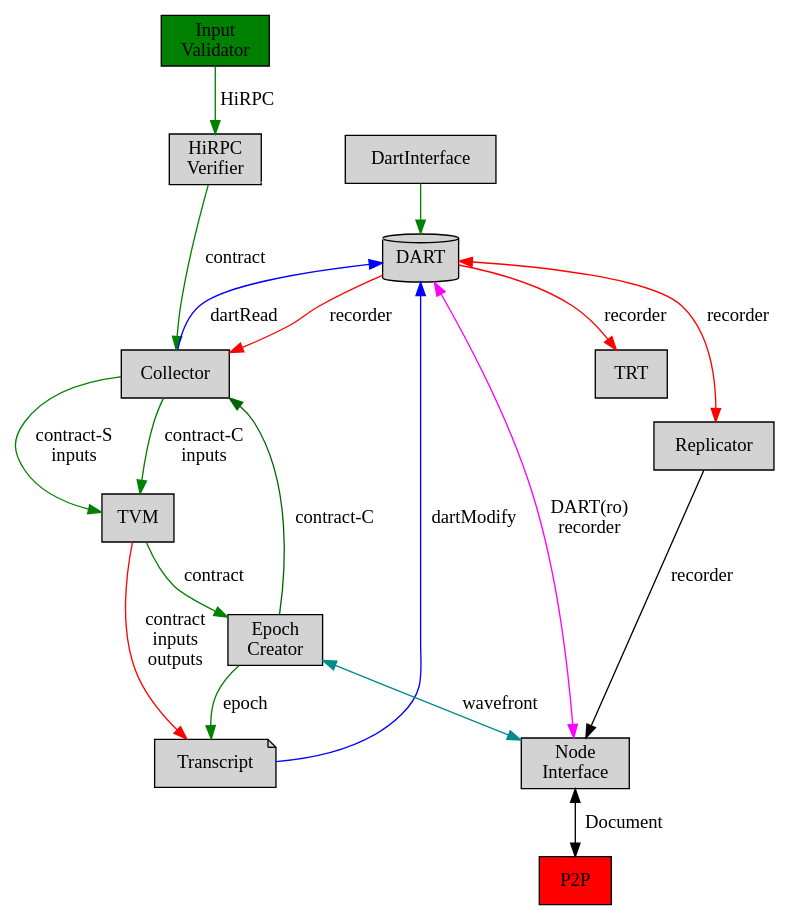
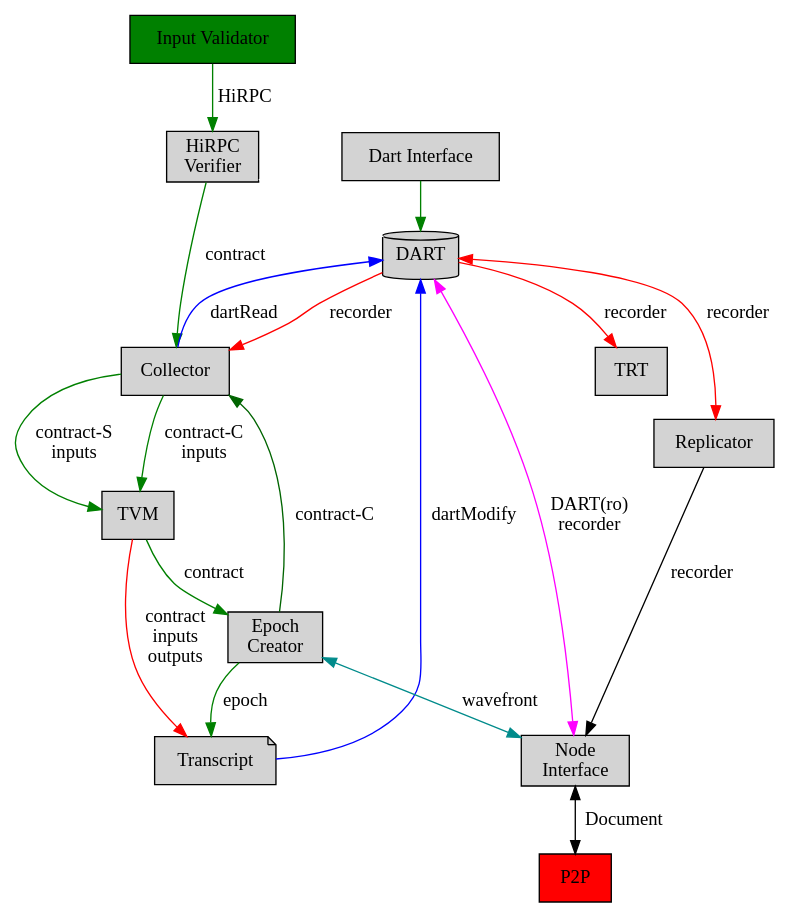
Before and after one commit to tagion/tagion: the second of 3 diagrams in documents/architecture/Network_Architecture.md, drawn with Graphviz. The commit also changed other lines of this file and 1 other file, not shown here.

Commit message:
doc: add socket types to architecture overview

````diff
--- a/documents/architecture/Network_Architecture.md
+++ b/documents/architecture/Network_Architecture.md
@@ -31,40 +71,41 @@
 ```graphviz
 digraph Message_flow {
   compound=true;
   labelangle=35;
   node [style=filled]
   node [ shape = "rect"];
-  Input [href="#/documents/architecture/InputValidator.md" label="Input\nValidator" style=filled fillcolor=green ]
+  Input [href="#/documents/architecture/InputValidator.md" label="Input Validator" style=filled fillcolor=green ]
+  DartInterface [href="#/documents/architecture/DartInterface.md" label="Dart Interface"]
   DART [href="#/documents/architecture/DART.md" shape = cylinder];
   P2P [ style=filled fillcolor=red]
   HiRPCVerifier [href="#/documents/architecture/HiRPCVerifier.md"  label="HiRPC\nVerifier"]
   NodeInterface [href="#/documents/architecture/NodeInterface.md"  label="Node\nInterface"]
   Transcript [href="#/documents/architecture/Transcript.md" shape = note]
   EpochCreator [href="#/documents/architecture/EpochCreator.md" label="Epoch\nCreator"]
   TVM [href="#/documents/architecture/TVM.md"]
 
   Input -> HiRPCVerifier [label="HiRPC" color=green];
   Collector [href="#/documents/architecture/Collector.md"]
   Replicator [href="#/documents/architecture/Replicator.md"]
 
   HiRPCVerifier -> Collector [label="contract" color=green];
   HiRPCVerifier -> DART [color=white];
   Collector -> DART [label=dartRead color=blue]
   Collector -> TVM [label="contract-S\ninputs" color=green];
   Collector -> TVM [label="contract-C\ninputs" color=green];
   EpochCreator -> Collector [label="contract-C" color=darkgreen];
   EpochCreator -> Transcript [label=epoch color=green];
   TVM -> Transcript [label="contract\ninputs\noutputs" color=red];
   TVM -> EpochCreator [label="contract" color=green];
   
   DART -> Replicator [label=recorder color=red dir=both];
   DART -> NodeInterface [label="DART(ro)\nrecorder" dir=both color=magenta];
   DART -> Collector [label="recorder" color=red];
   DART -> TRT [label="recorder" color=red];
   DartInterface -> DART [color=green];
   NodeInterface -> P2P [label=Document dir=both];
   EpochCreator -> NodeInterface [label=wavefront dir=both color=cyan4];
   Transcript -> DART [label=dartModify color=blue];
   Replicator -> NodeInterface [label=recorder];
 }
 ```
````
